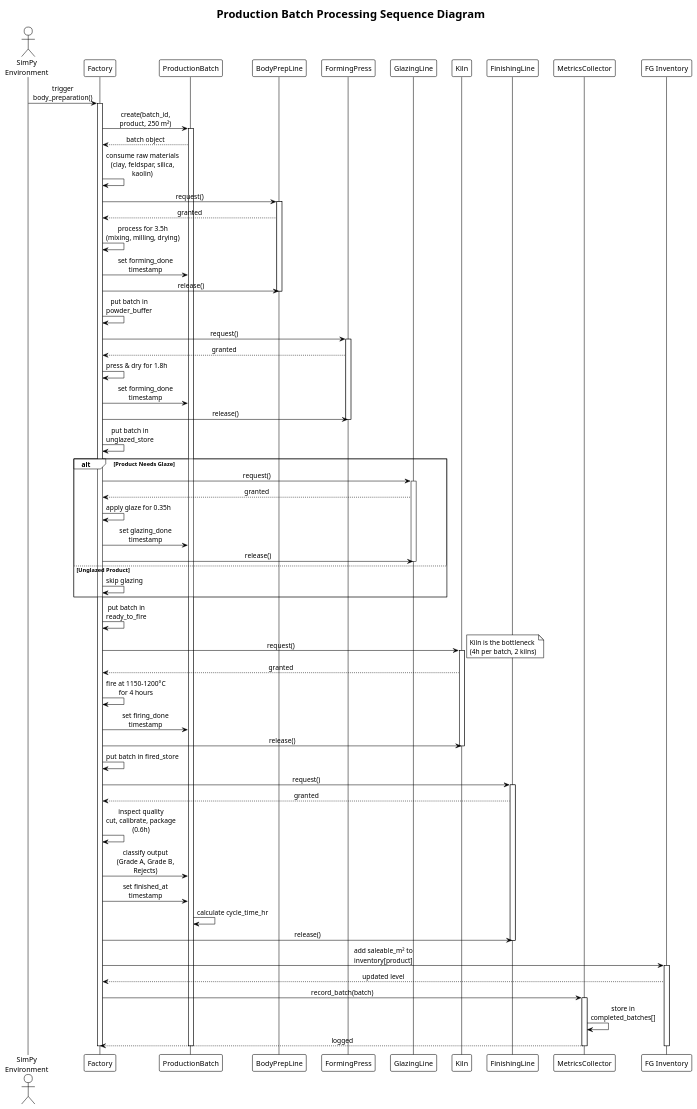
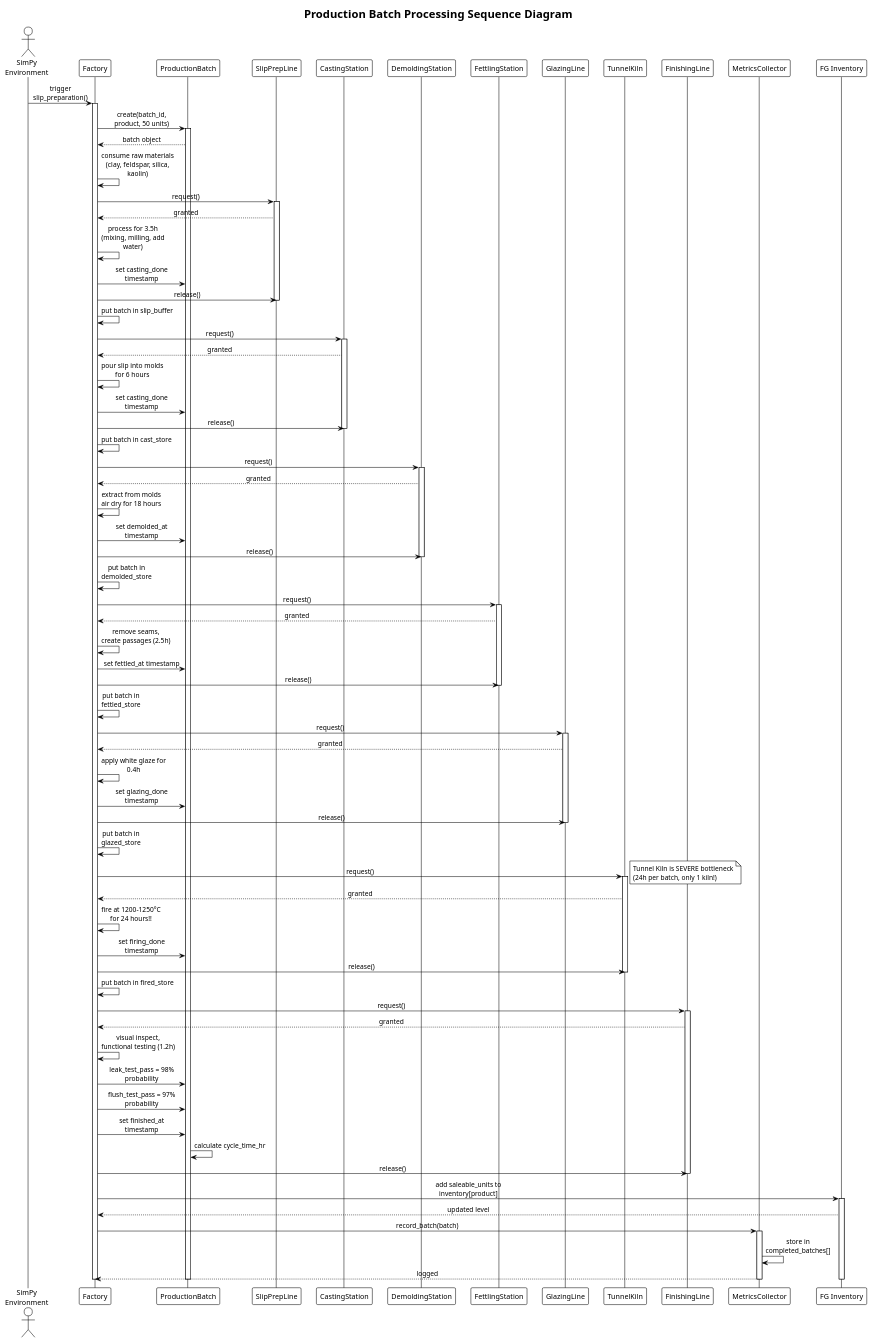
Before and after one commit to kidfromjupiter/cerasim: the diagram in assignment_ooad/uml_diagrams/sequence_batch.puml, drawn with PlantUML. The commit also changed 20 other files, not shown here.

```diff
--- a/assignment_ooad/uml_diagrams/sequence_batch.puml
+++ b/assignment_ooad/uml_diagrams/sequence_batch.puml
@@ -1,108 +1,131 @@
 @startuml
 !theme plain
 skinparam sequenceMessageAlign center
 skinparam maxMessageSize 150
 
 title Production Batch Processing Sequence Diagram
 
 actor "SimPy\nEnvironment" as Env
 participant "Factory" as Factory
 participant "ProductionBatch" as Batch
-participant "BodyPrepLine" as BodyPrep
-participant "FormingPress" as Forming
+participant "SlipPrepLine" as SlipPrep
+participant "CastingStation" as Casting
+participant "DemoldingStation" as Demolding
+participant "FettlingStation" as Fettling
 participant "GlazingLine" as Glazing
-participant "Kiln" as Kiln
+participant "TunnelKiln" as Kiln
 participant "FinishingLine" as Finishing
 participant "MetricsCollector" as Metrics
 participant "FG Inventory" as FG
 
-Env -> Factory: trigger body_preparation()
+Env -> Factory: trigger slip_preparation()
 activate Factory
 
-Factory -> Batch: create(batch_id, product, 250 m²)
+Factory -> Batch: create(batch_id, product, 50 units)
 activate Batch
 Batch --> Factory: batch object
 
 Factory -> Factory: consume raw materials\n(clay, feldspar, silica, kaolin)
 
-Factory -> BodyPrep: request()
-activate BodyPrep
-BodyPrep --> Factory: granted
+Factory -> SlipPrep: request()
+activate SlipPrep
+SlipPrep --> Factory: granted
 
-Factory -> Factory: process for 3.5h\n(mixing, milling, drying)
+Factory -> Factory: process for 3.5h\n(mixing, milling, add water)
 
-Factory -> Batch: set forming_done timestamp
-Factory -> BodyPrep: release()
-deactivate BodyPrep
+Factory -> Batch: set casting_done timestamp
+Factory -> SlipPrep: release()
+deactivate SlipPrep
 
-Factory -> Factory: put batch in powder_buffer
+Factory -> Factory: put batch in slip_buffer
 
-Factory -> Forming: request()
-activate Forming
-Forming --> Factory: granted
+Factory -> Casting: request()
+activate Casting
+Casting --> Factory: granted
 
-Factory -> Factory: press & dry for 1.8h
+Factory -> Factory: pour slip into molds\nfor 6 hours
 
-Factory -> Batch: set forming_done timestamp
-Factory -> Forming: release()
-deactivate Forming
+Factory -> Batch: set casting_done timestamp
+Factory -> Casting: release()
+deactivate Casting
 
-Factory -> Factory: put batch in unglazed_store
+Factory -> Factory: put batch in cast_store
 
-alt Product Needs Glaze
-    Factory -> Glazing: request()
-    activate Glazing
-    Glazing --> Factory: granted
-    
-    Factory -> Factory: apply glaze for 0.35h
-    Factory -> Batch: set glazing_done timestamp
-    Factory -> Glazing: release()
-    deactivate Glazing
-else Unglazed Product
-    Factory -> Factory: skip glazing
-end
+Factory -> Demolding: request()
+activate Demolding
+Demolding --> Factory: granted
 
-Factory -> Factory: put batch in ready_to_fire
+Factory -> Factory: extract from molds\nair dry for 18 hours
+
+Factory -> Batch: set demolded_at timestamp
+Factory -> Demolding: release()
+deactivate Demolding
+
+Factory -> Factory: put batch in demolded_store
+
+Factory -> Fettling: request()
+activate Fettling
+Fettling --> Factory: granted
+
+Factory -> Factory: remove seams,\ncreate passages (2.5h)
+
+Factory -> Batch: set fettled_at timestamp
+Factory -> Fettling: release()
+deactivate Fettling
+
+Factory -> Factory: put batch in fettled_store
+
+Factory -> Glazing: request()
+activate Glazing
+Glazing --> Factory: granted
+
+Factory -> Factory: apply white glaze for 0.4h
+Factory -> Batch: set glazing_done timestamp
+Factory -> Glazing: release()
+deactivate Glazing
+
+Factory -> Factory: put batch in glazed_store
 
 Factory -> Kiln: request()
 activate Kiln
-note right: Kiln is the bottleneck\n(4h per batch, 2 kilns)
+note right: Tunnel Kiln is SEVERE bottleneck\n(24h per batch, only 1 kiln!)
 Kiln --> Factory: granted
 
-Factory -> Factory: fire at 1150-1200°C\nfor 4 hours
+Factory -> Factory: fire at 1200-1250°C\nfor 24 hours!!
 
 Factory -> Batch: set firing_done timestamp
 Factory -> Kiln: release()
 deactivate Kiln
 
 Factory -> Factory: put batch in fired_store
 
 Factory -> Finishing: request()
 activate Finishing
 Finishing --> Factory: granted
 
-Factory -> Factory: inspect quality\ncut, calibrate, package (0.6h)
+Factory -> Factory: visual inspect,\nfunctional testing (1.2h)
 
-Factory -> Batch: classify output\n(Grade A, Grade B, Rejects)
+Factory -> Batch: leak_test_pass = 98% probability
+Factory -> Batch: flush_test_pass = 97% probability
 
 Factory -> Batch: set finished_at timestamp
 Batch -> Batch: calculate cycle_time_hr
 
 Factory -> Finishing: release()
 deactivate Finishing
 
-Factory -> FG: add saleable_m² to inventory[product]
+Factory -> FG: add saleable_units to inventory[product]
 activate FG
 FG --> Factory: updated level
 
 Factory -> Metrics: record_batch(batch)
 activate Metrics
 Metrics -> Metrics: store in completed_batches[]
 Metrics --> Factory: logged
 
 deactivate Factory
 deactivate Batch
 deactivate FG
 deactivate Metrics
 
 @enduml
```
